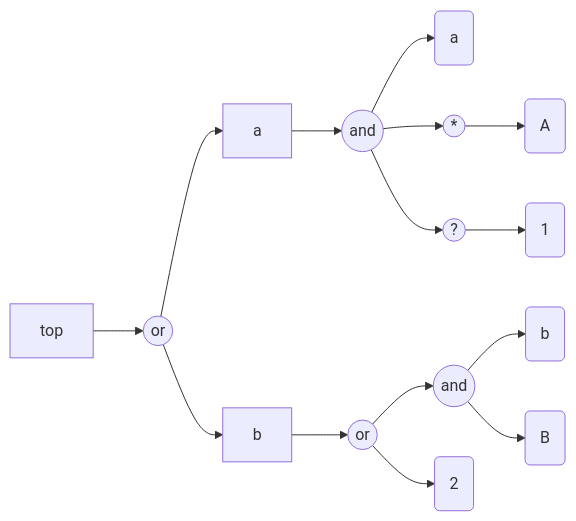
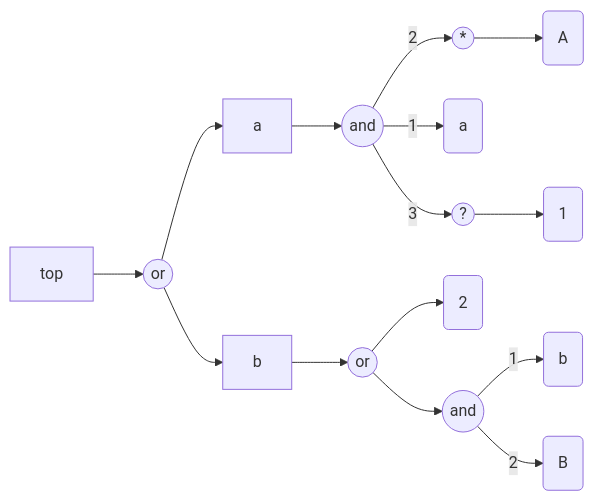
One commit to antononcube/Raku-FunctionalParsers changed the second of 4 diagrams in doc/Graph-representation-of-grammars.md. Above: the diagram before and after it, drawn with Mermaid. The commit also changed other lines of this file and 1 other file, not shown here.

````diff
--- a/doc/Graph-representation-of-grammars.md
+++ b/doc/Graph-representation-of-grammars.md
@@ -86,32 +86,32 @@
 ```mermaid
 graph LR
-	T:B("B")
-	NT:a["a"]
 	rep7((*))
 	T:1("1")
+	NT:b["b"]
+	T:a("a")
+	T:B("B")
+	NT:top["top"]
+	seq13((and))
+	T:2("2")
+	alt1((or))
+	opt9((?))
+	alt12((or))
+	NT:a["a"]
+	T:A("A")
 	T:b("b")
-	NT:b["b"]
 	seq5((and))
-	seq13((and))
-	opt9((?))
-	alt1((or))
-	T:a("a")
-	T:2("2")
-	T:A("A")
-	alt12((or))
-	NT:top["top"]
 	alt1 --> NT:a
 	alt1 --> NT:b
 	NT:top --> alt1
 	rep7 --> T:A
 	opt9 --> T:1
-	seq5 --> T:a
-	seq5 --> rep7
-	seq5 --> opt9
+	seq5 --> |1|T:a
+	seq5 --> |2|rep7
+	seq5 --> |3|opt9
 	NT:a --> seq5
-	seq13 --> T:b
-	seq13 --> T:B
+	seq13 --> |1|T:b
+	seq13 --> |2|T:B
 	alt12 --> seq13
 	alt12 --> T:2
 	NT:b --> alt12
 ```
````
